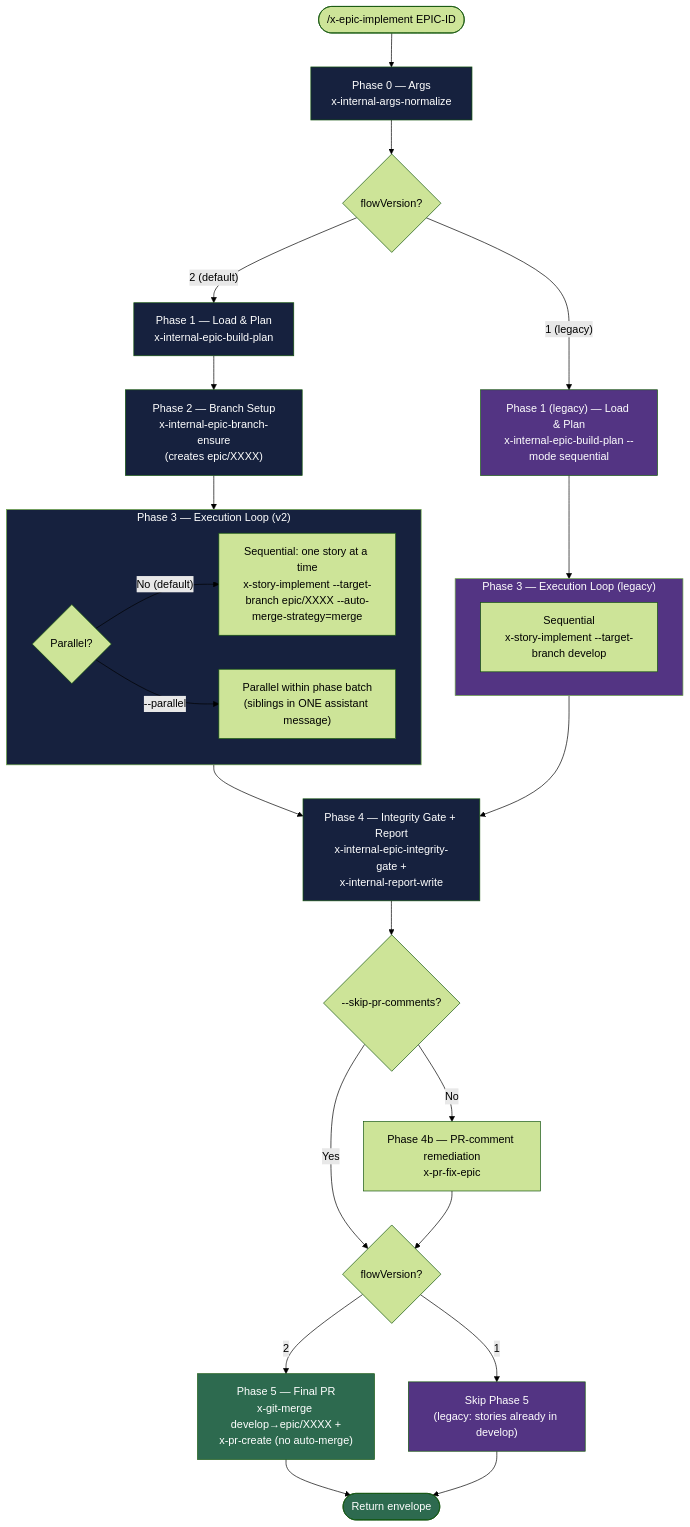
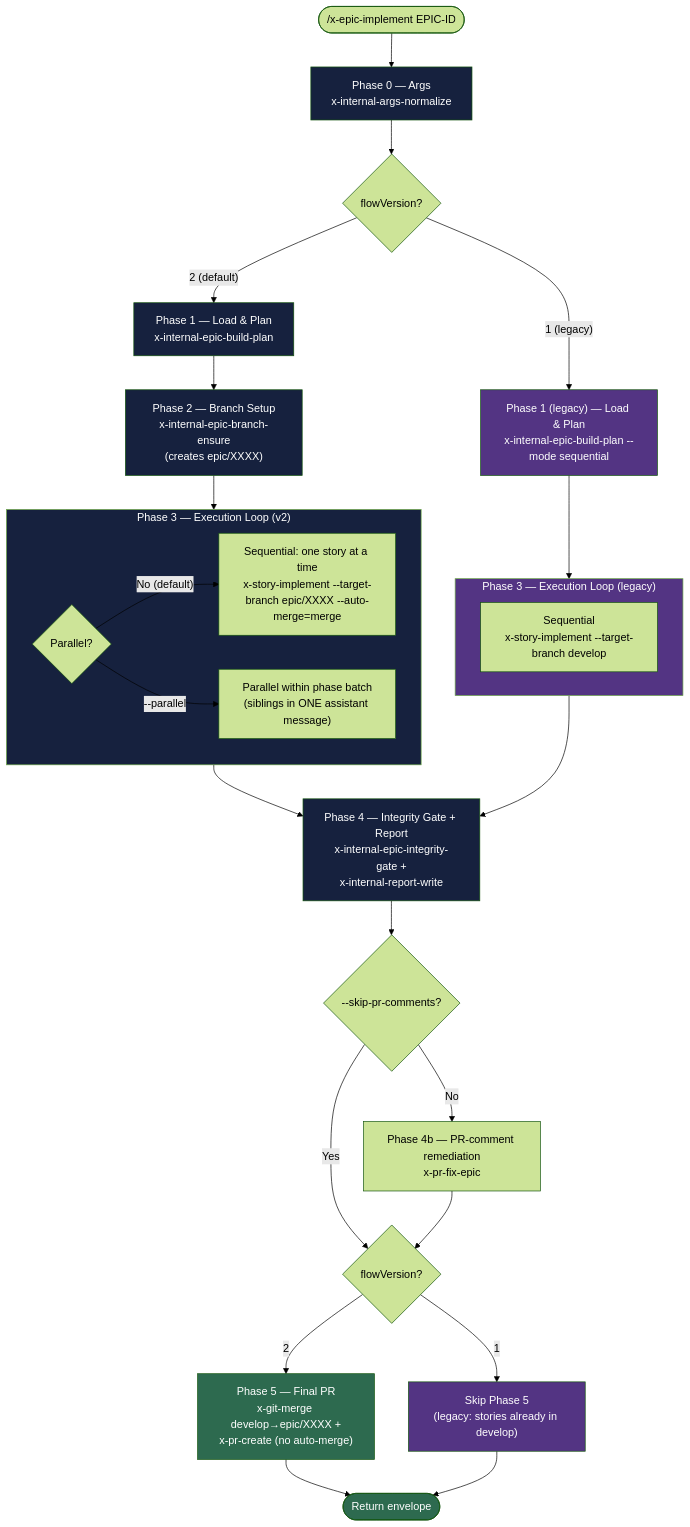
Before and after one commit to edercnj/ia-dev-environment: the first of 3 diagrams in java/src/test/resources/golden/java-spring/.claude/skills/x-epic-implement/README.md, drawn with Mermaid (forest theme). The commit also changed 21 other files, not shown here.

First line of the commit message:
fix(x-epic-implement): propagate --auto-merge (not --auto-merge-strategy) to x-story-implement

````diff
--- a/java/src/test/resources/golden/java-spring/.claude/skills/x-epic-implement/README.md
+++ b/java/src/test/resources/golden/java-spring/.claude/skills/x-epic-implement/README.md
@@ -11,47 +11,47 @@
 ```mermaid
 flowchart TD
     START(["/x-epic-implement EPIC-ID"]) --> P0
 
     P0["Phase 0 — Args<br/>x-internal-args-normalize"] --> FLOW{flowVersion?}
     FLOW -->|"1 (legacy)"| P1L["Phase 1 (legacy) — Load & Plan<br/>x-internal-epic-build-plan --mode sequential"]
     FLOW -->|"2 (default)"| P1N["Phase 1 — Load & Plan<br/>x-internal-epic-build-plan"]
 
     P1L --> P3L
     P1N --> P2["Phase 2 — Branch Setup<br/>x-internal-epic-branch-ensure<br/>(creates epic/XXXX)"]
     P2 --> P3N
 
     subgraph P3N["Phase 3 — Execution Loop (v2)"]
         P3N_SEQ{"Parallel?"}
-        P3N_SEQ -->|"No (default)"| SEQ["Sequential: one story at a time<br/>x-story-implement --target-branch epic/XXXX --auto-merge-strategy=merge"]
+        P3N_SEQ -->|"No (default)"| SEQ["Sequential: one story at a time<br/>x-story-implement --target-branch epic/XXXX --auto-merge=merge"]
         P3N_SEQ -->|"--parallel"| PAR["Parallel within phase batch<br/>(siblings in ONE assistant message)"]
     end
 
     subgraph P3L["Phase 3 — Execution Loop (legacy)"]
         P3L_SEQ["Sequential<br/>x-story-implement --target-branch develop"]
     end
 
     P3N --> P4["Phase 4 — Integrity Gate + Report<br/>x-internal-epic-integrity-gate +<br/>x-internal-report-write"]
     P3L --> P4
 
     P4 --> P4B{"--skip-pr-comments?"}
     P4B -->|"No"| P4C["Phase 4b — PR-comment remediation<br/>x-pr-fix-epic"]
     P4B -->|"Yes"| FLOW2{"flowVersion?"}
     P4C --> FLOW2
 
     FLOW2 -->|"2"| P5N["Phase 5 — Final PR<br/>x-git-merge develop→epic/XXXX +<br/>x-pr-create (no auto-merge)"]
     FLOW2 -->|"1"| SKIPFINAL["Skip Phase 5<br/>(legacy: stories already in develop)"]
 
     P5N --> DONE(["Return envelope"])
     SKIPFINAL --> DONE
 
     style P0 fill:#16213e,color:#fff
     style P1N fill:#16213e,color:#fff
     style P2 fill:#16213e,color:#fff
     style P3N fill:#16213e,color:#fff
     style P4 fill:#16213e,color:#fff
     style P5N fill:#2d6a4f,color:#fff
     style P1L fill:#533483,color:#fff
     style P3L fill:#533483,color:#fff
     style SKIPFINAL fill:#533483,color:#fff
     style DONE fill:#2d6a4f,color:#fff
 ```
````
